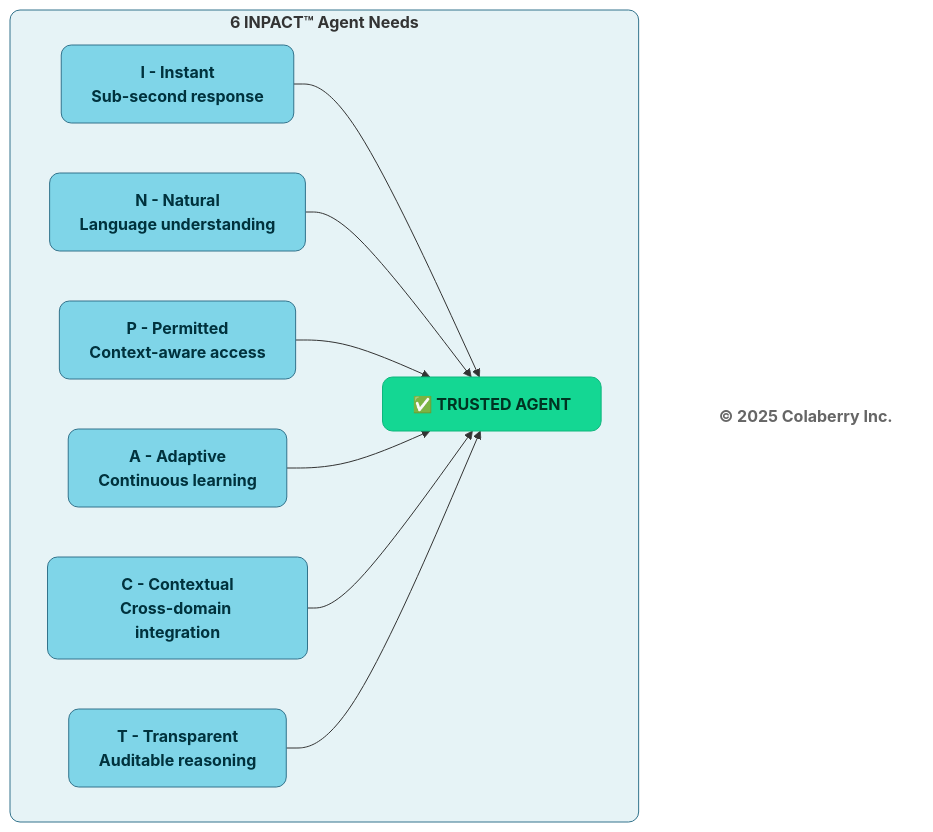
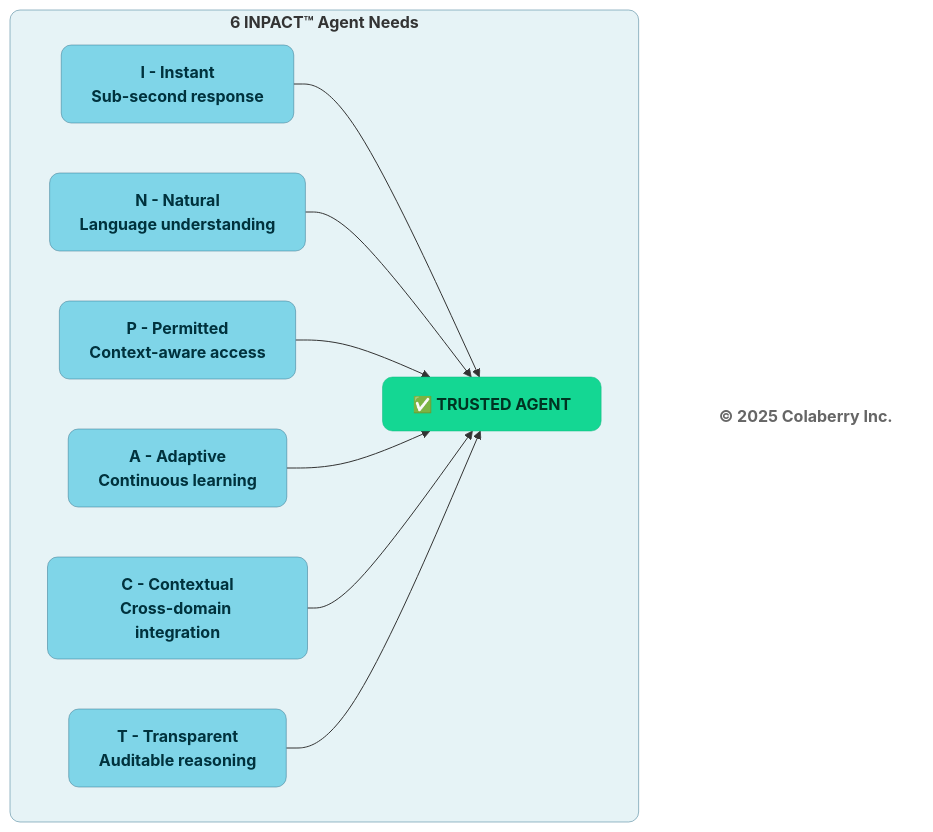
One commit to saitejesh-cyber/trust-before-intelligence-book changed the third of 4 diagrams in manuscript/01_chapter_0_trust_before_intelligence.md. Above: the diagram before and after it, drawn with Mermaid. The commit also changed other lines of this file and 12 other files, not shown here.

Commit message:
Update stroke width to 0.5px instead of 1px to all the diagrams

````diff
--- a/manuscript/01_chapter_0_trust_before_intelligence.md
+++ b/manuscript/01_chapter_0_trust_before_intelligence.md
@@ -195,32 +195,32 @@
 ```mermaid
 graph TB
     subgraph HITL["<b>6 INPACT™ Agent Needs</b>"]
         I["<b>I - Instant</b><br/><b>Sub-second response</b>"]
         N["<b>N - Natural</b><br/><b>Language understanding</b>"]
         P["<b>P - Permitted</b><br/><b>Context-aware access</b>"]
         A["<b>A - Adaptive</b><br/><b>Continuous learning</b>"]
         C["<b>C - Contextual</b><br/><b>Cross-domain integration</b>"]
         T["<b>T - Transparent</b><br/><b>Auditable reasoning</b>"]
         
         Trust["<b>✅ TRUSTED AGENT</b>"]
     end
     
     I --> Trust
     N --> Trust
     P --> Trust
     A --> Trust
     C --> Trust
     T --> Trust
     
     Copyright["<b>© 2025 Colaberry Inc.</b>"]
     
-    style HITL fill:#E6F3F6,stroke:#32738C,stroke-width:1px, rx:10,ry:10
-    style I fill:#7FD5E8,stroke:#32738C,stroke-width:1px,color:#00323D, rx:10,ry:10
-    style N fill:#7FD5E8,stroke:#32738C,stroke-width:1px,color:#00323D, rx:10,ry:10
-    style P fill:#7FD5E8,stroke:#32738C,stroke-width:1px,color:#00323D, rx:10,ry:10
-    style A fill:#7FD5E8,stroke:#32738C,stroke-width:1px,color:#00323D, rx:10,ry:10
-    style C fill:#7FD5E8,stroke:#32738C,stroke-width:1px,color:#00323D,rx:10,ry:10
-    style T fill:#7FD5E8,stroke:#32738C,stroke-width:1px,color:#00323D, rx:10,ry:10
-    style Trust fill:#14D793,color:#003322,stroke:#0FB67D,stroke-width:1px, rx:10,ry:10
+    style HITL fill:#E6F3F6,stroke:#32738C,stroke-width:0.5px, rx:10,ry:10
+    style I fill:#7FD5E8,stroke:#32738C,stroke-width:0.5px,color:#00323D, rx:10,ry:10
+    style N fill:#7FD5E8,stroke:#32738C,stroke-width:0.5px,color:#00323D, rx:10,ry:10
+    style P fill:#7FD5E8,stroke:#32738C,stroke-width:0.5px,color:#00323D, rx:10,ry:10
+    style A fill:#7FD5E8,stroke:#32738C,stroke-width:0.5px,color:#00323D, rx:10,ry:10
+    style C fill:#7FD5E8,stroke:#32738C,stroke-width:0.5px,color:#00323D,rx:10,ry:10
+    style T fill:#7FD5E8,stroke:#32738C,stroke-width:0.5px,color:#00323D, rx:10,ry:10
+    style Trust fill:#14D793,color:#003322,stroke:#0FB67D,stroke-width:0.5px, rx:10,ry:10
     style Copyright fill:none,stroke:none,color:#666666
 ```
````
